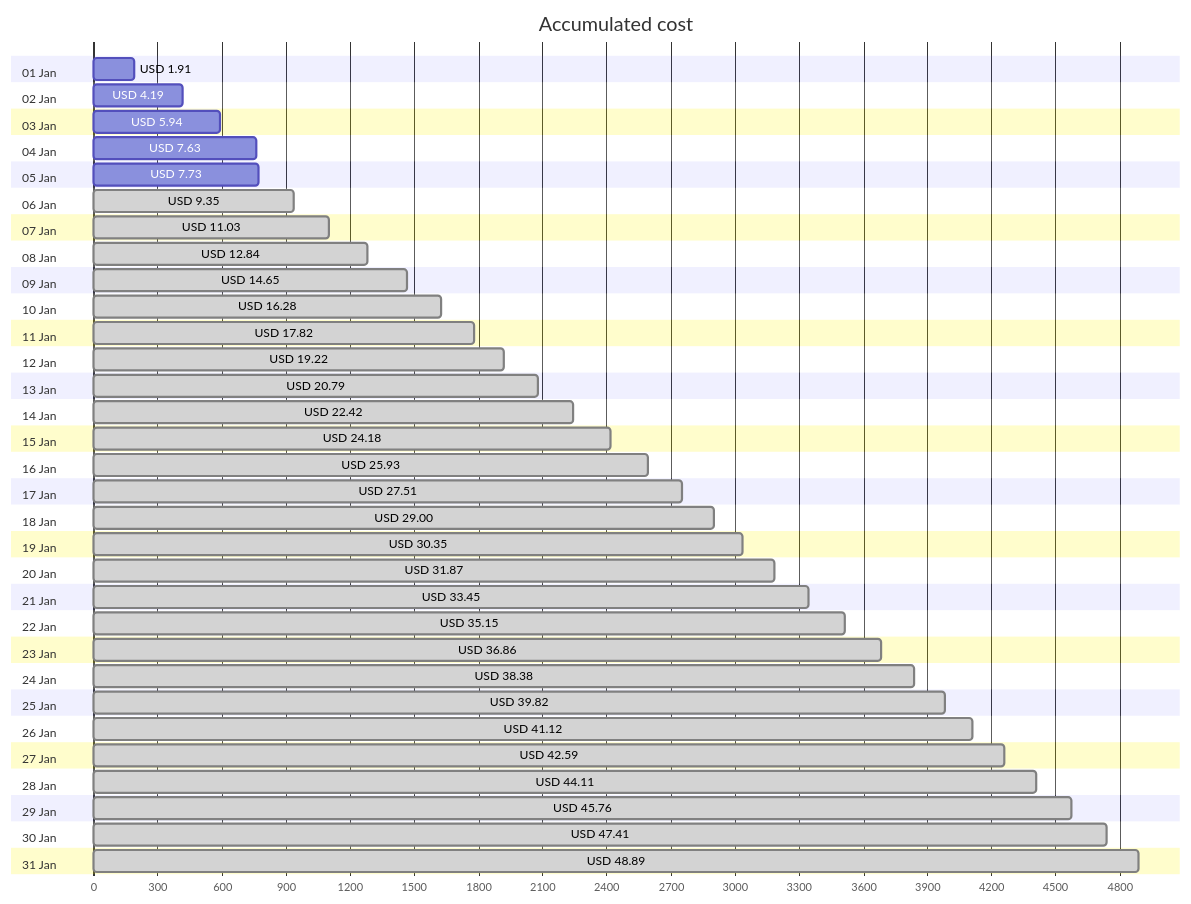
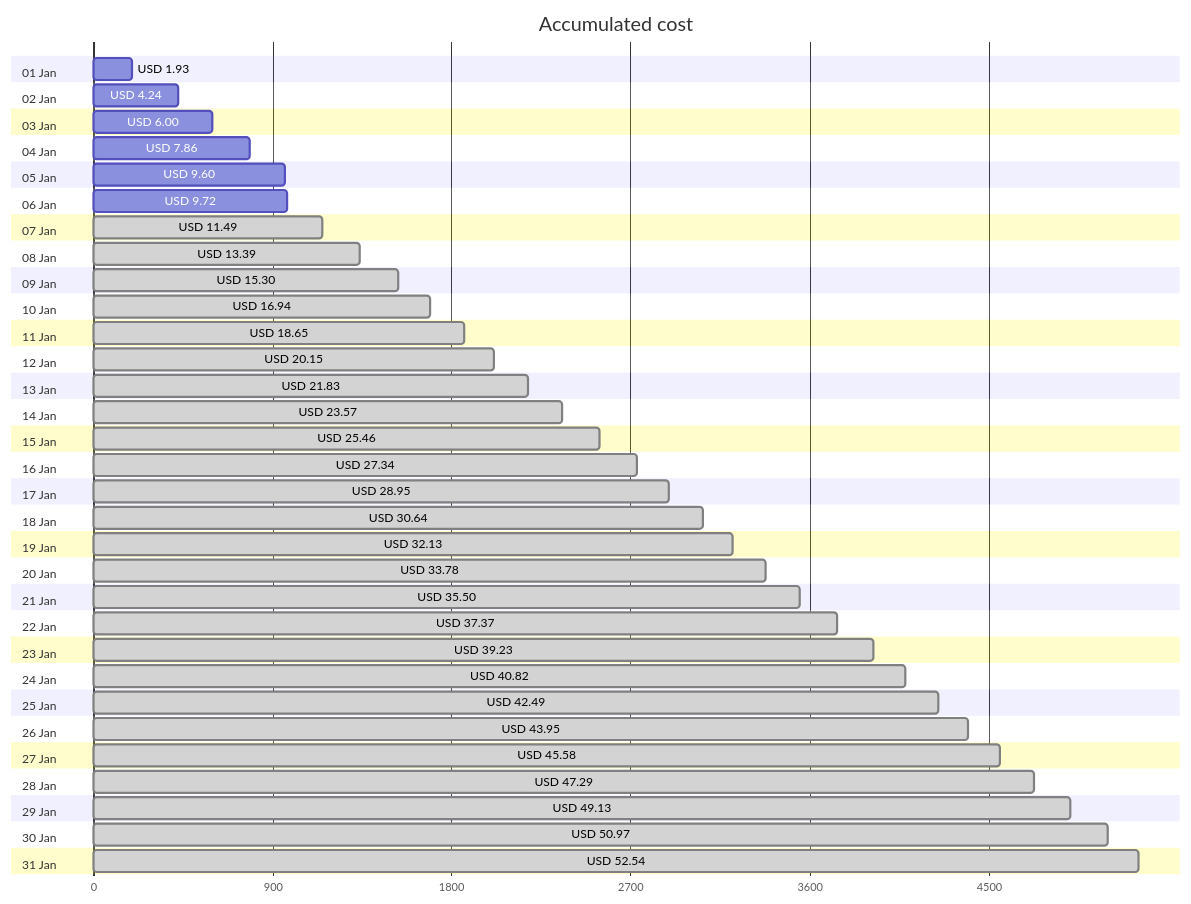
Before and after one commit to jpfulton/azure-personal-reports: the first of 4 diagrams in cost-reports/personal-network/README.md, drawn with Mermaid. The commit also changed other lines of this file and 8 other files, not shown here.

````diff
--- a/cost-reports/personal-network/README.md
+++ b/cost-reports/personal-network/README.md
@@ -20,68 +20,68 @@
 ```mermaid
 gantt
    title Accumulated cost
    dateFormat  X
    axisFormat %s
    section 01 Jan
-   USD 1.91 :0, 191
+   USD 1.93 :0, 193
    section 02 Jan
-   USD 4.19 :0, 419
+   USD 4.24 :0, 424
    section 03 Jan
-   USD 5.94 :0, 594
+   USD 6.00 :0, 600
    section 04 Jan
-   USD 7.63 :0, 763
+   USD 7.86 :0, 786
    section 05 Jan
-   USD 7.73 :0, 773
+   USD 9.60 :0, 960
    section 06 Jan
-   USD 9.35 : done, 0, 935
+   USD 9.72 :0, 972
    section 07 Jan
-   USD 11.03 : done, 0, 1103
+   USD 11.49 : done, 0, 1149
    section 08 Jan
-   USD 12.84 : done, 0, 1284
+   USD 13.39 : done, 0, 1339
    section 09 Jan
-   USD 14.65 : done, 0, 1465
+   USD 15.30 : done, 0, 1530
    section 10 Jan
-   USD 16.28 : done, 0, 1628
+   USD 16.94 : done, 0, 1694
    section 11 Jan
-   USD 17.82 : done, 0, 1782
+   USD 18.65 : done, 0, 1865
    section 12 Jan
-   USD 19.22 : done, 0, 1922
+   USD 20.15 : done, 0, 2015
    section 13 Jan
-   USD 20.79 : done, 0, 2079
+   USD 21.83 : done, 0, 2183
    section 14 Jan
-   USD 22.42 : done, 0, 2242
+   USD 23.57 : done, 0, 2357
    section 15 Jan
-   USD 24.18 : done, 0, 2418
+   USD 25.46 : done, 0, 2546
    section 16 Jan
-   USD 25.93 : done, 0, 2593
+   USD 27.34 : done, 0, 2734
    section 17 Jan
-   USD 27.51 : done, 0, 2751
+   USD 28.95 : done, 0, 2895
    section 18 Jan
-   USD 29.00 : done, 0, 2900
+   USD 30.64 : done, 0, 3064
    section 19 Jan
-   USD 30.35 : done, 0, 3035
+   USD 32.13 : done, 0, 3213
    section 20 Jan
-   USD 31.87 : done, 0, 3187
+   USD 33.78 : done, 0, 3378
    section 21 Jan
-   USD 33.45 : done, 0, 3345
+   USD 35.50 : done, 0, 3550
    section 22 Jan
-   USD 35.15 : done, 0, 3515
+   USD 37.37 : done, 0, 3737
    section 23 Jan
-   USD 36.86 : done, 0, 3686
+   USD 39.23 : done, 0, 3923
    section 24 Jan
-   USD 38.38 : done, 0, 3838
+   USD 40.82 : done, 0, 4082
    section 25 Jan
-   USD 39.82 : done, 0, 3982
+   USD 42.49 : done, 0, 4249
    section 26 Jan
-   USD 41.12 : done, 0, 4112
+   USD 43.95 : done, 0, 4395
    section 27 Jan
-   USD 42.59 : done, 0, 4259
+   USD 45.58 : done, 0, 4558
    section 28 Jan
-   USD 44.11 : done, 0, 4411
+   USD 47.29 : done, 0, 4729
    section 29 Jan
-   USD 45.76 : done, 0, 4576
+   USD 49.13 : done, 0, 4913
    section 30 Jan
-   USD 47.41 : done, 0, 4741
+   USD 50.97 : done, 0, 5097
    section 31 Jan
-   USD 48.89 : done, 0, 4889
+   USD 52.54 : done, 0, 5254
 ```
````
